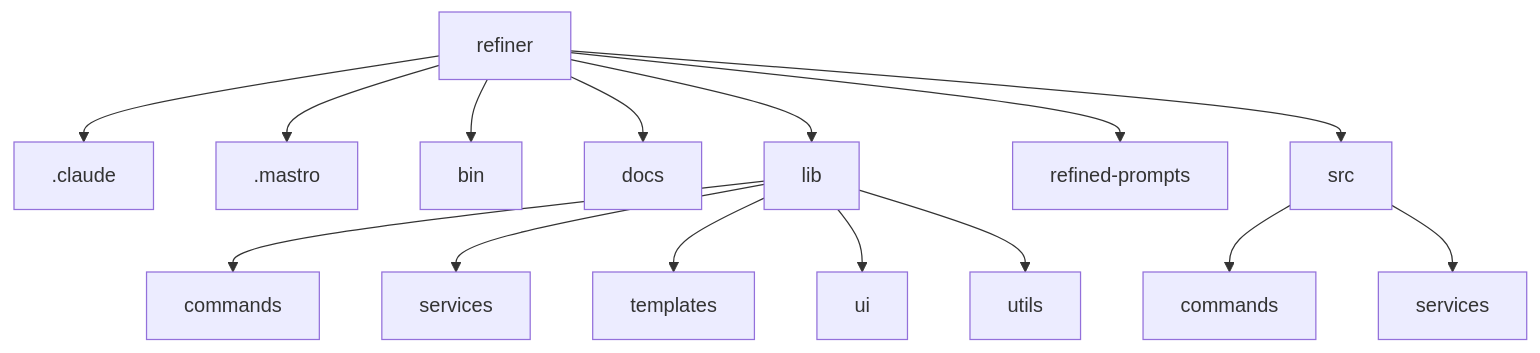
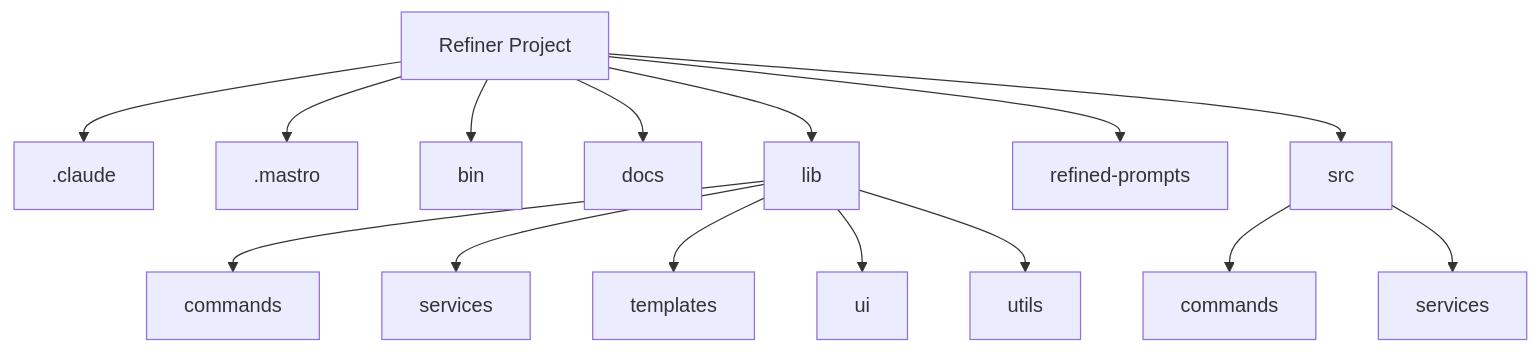
Before and after one commit to geogoesbeepboop/refiner: the third of 3 diagrams in docs/architecture.md, drawn with Mermaid. The commit also changed other lines of this file and 6 other files, not shown here.

````diff
--- a/docs/architecture.md
+++ b/docs/architecture.md
@@ -141,17 +151,17 @@
 ```mermaid
 graph TD;
-    A[refiner] --> B[.claude];
+    A[Refiner Project] --> B[.claude];
     A --> C[.mastro];
     A --> D[bin];
     A --> E[docs];
     A --> F[lib];
     F --> G[commands];
     F --> H[services];
     F --> I[templates];
     F --> J[ui];
     F --> K[utils];
     A --> L[refined-prompts];
     A --> M[src];
     M --> N[commands];
     M --> O[services];
 ```
````
